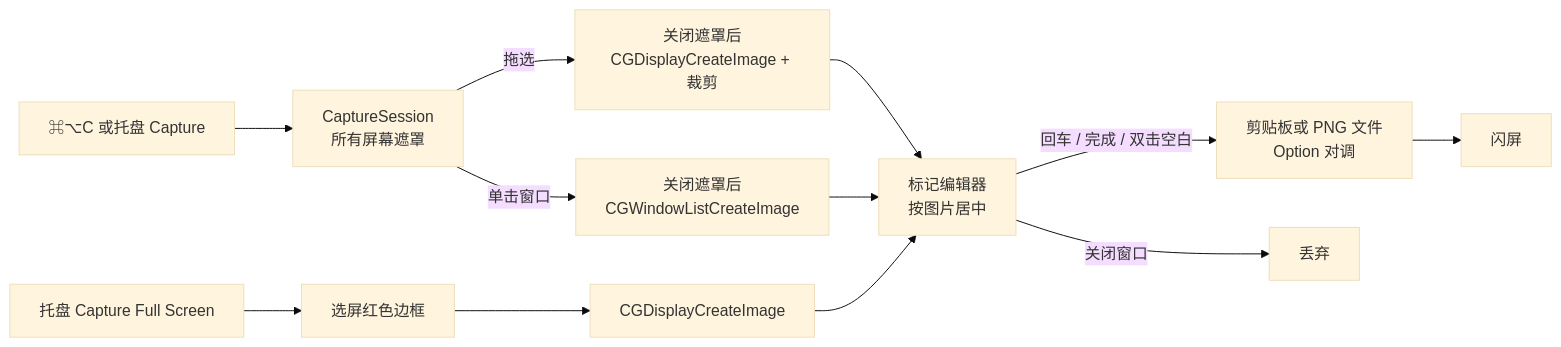
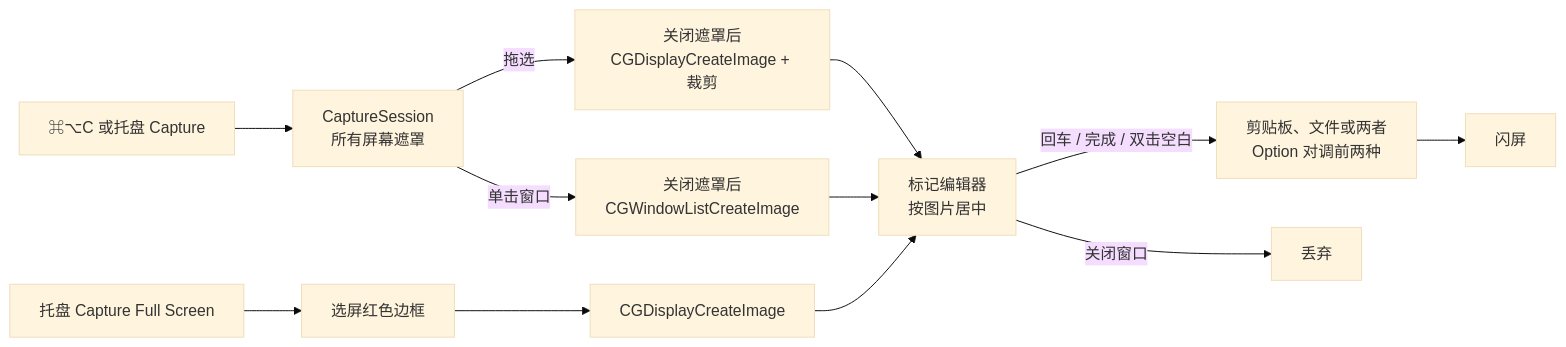
Before and after one commit to zhangzhibin/better-snip: the diagram in docs/spec.md, drawn with Mermaid (base theme). The commit also changed other lines of this file and 6 other files, not shown here.

First line of the commit message:
feat: 裁剪后保持图片比例，并支持同时保存与关闭热键

````diff
--- a/docs/spec.md
+++ b/docs/spec.md
@@ -26,14 +26,14 @@
 ```mermaid
 flowchart LR
     Trigger["⌘⌥C 或托盘 Capture"] --> Overlay["CaptureSession\n所有屏幕遮罩"]
     Overlay -->|"拖选"| Region["关闭遮罩后\nCGDisplayCreateImage + 裁剪"]
     Overlay -->|"单击窗口"| Window["关闭遮罩后\nCGWindowListCreateImage"]
     Menu["托盘 Capture Full Screen"] --> Picker["选屏红色边框"]
     Picker --> Full["CGDisplayCreateImage"]
     Region --> Editor["标记编辑器\n按图片居中"]
     Window --> Editor
     Full --> Editor
-    Editor -->|"回车 / 完成 / 双击空白"| Export["剪贴板或 PNG 文件\nOption 对调"]
+    Editor -->|"回车 / 完成 / 双击空白"| Export["剪贴板、文件或两者\nOption 对调前两种"]
     Editor -->|"关闭窗口"| Discard["丢弃"]
     Export --> Flash["闪屏"]
 ```
````
